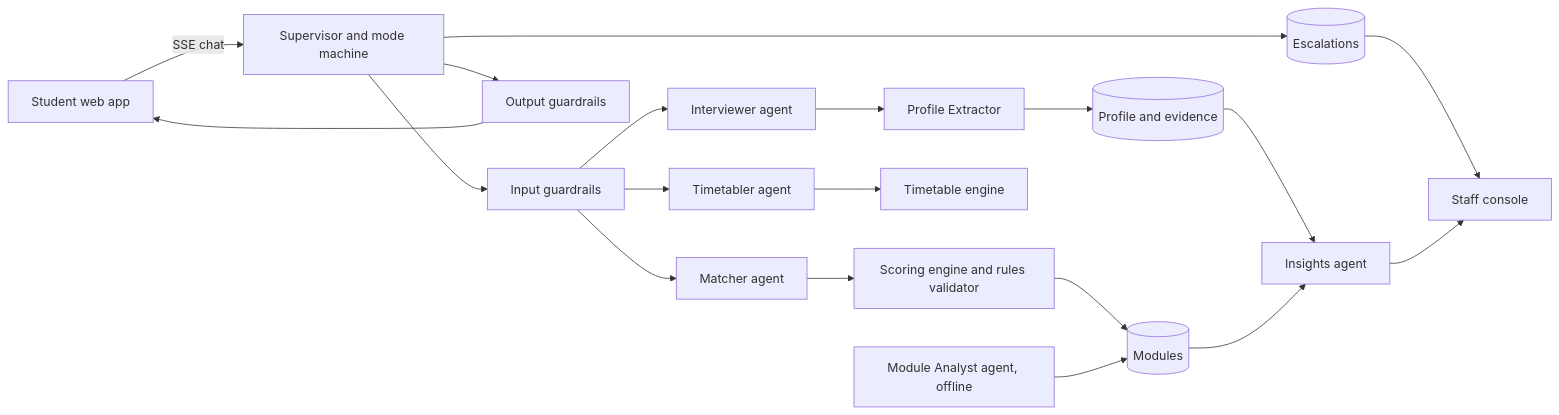
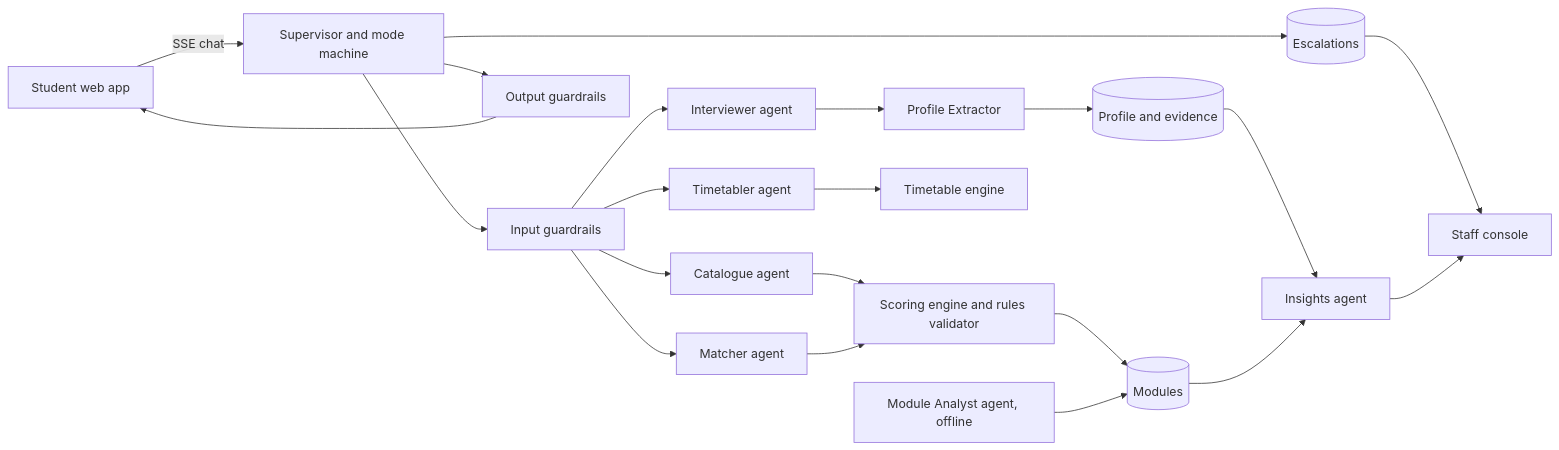
Before and after one commit to arnavpopley/imperial-ai-hack: the first of 2 diagrams in MODULE_MATCHER_SPEC.md, drawn with Mermaid. The commit also changed other lines of this file and 6 other files, not shown here.

First line of the commit message:
Catalogue agent that searches and compares modules with tools

````diff
--- a/MODULE_MATCHER_SPEC.md
+++ b/MODULE_MATCHER_SPEC.md
@@ -97,21 +97,23 @@
 ```mermaid
 flowchart LR
   S[Student web app] -->|SSE chat| SUP[Supervisor and mode machine]
   SUP --> GIN[Input guardrails]
   GIN --> INT[Interviewer agent]
   GIN --> MAT[Matcher agent]
   GIN --> TT[Timetabler agent]
+  GIN --> CAT[Catalogue agent]
+  CAT --> ENG
   INT --> EXT[Profile Extractor]
   EXT --> PROF[(Profile and evidence)]
   MAT --> ENG[Scoring engine and rules validator]
   TT --> TENG[Timetable engine]
   ENG --> MOD[(Modules)]
   AN[Module Analyst agent, offline] --> MOD
   SUP --> GOUT[Output guardrails]
   GOUT --> S
   SUP --> ESC[(Escalations)]
   ESC --> STAFF[Staff console]
   INS[Insights agent] --> STAFF
   PROF --> INS
   MOD --> INS
 ```
````
